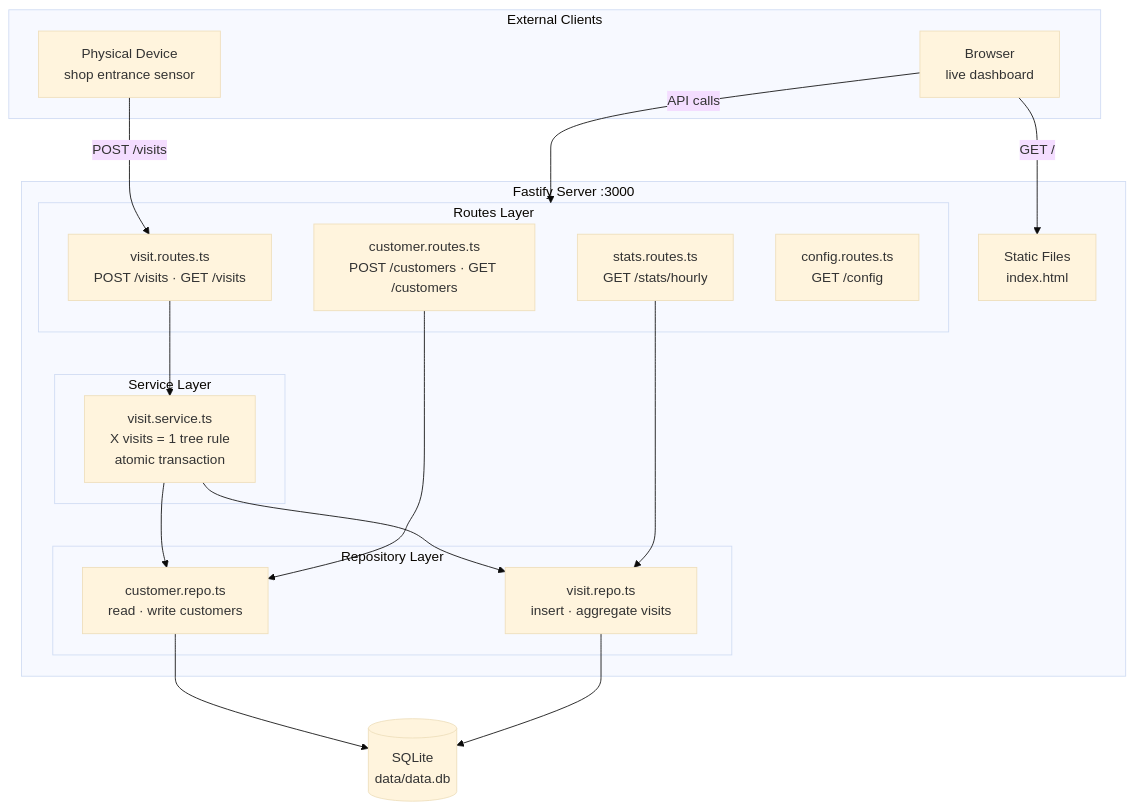
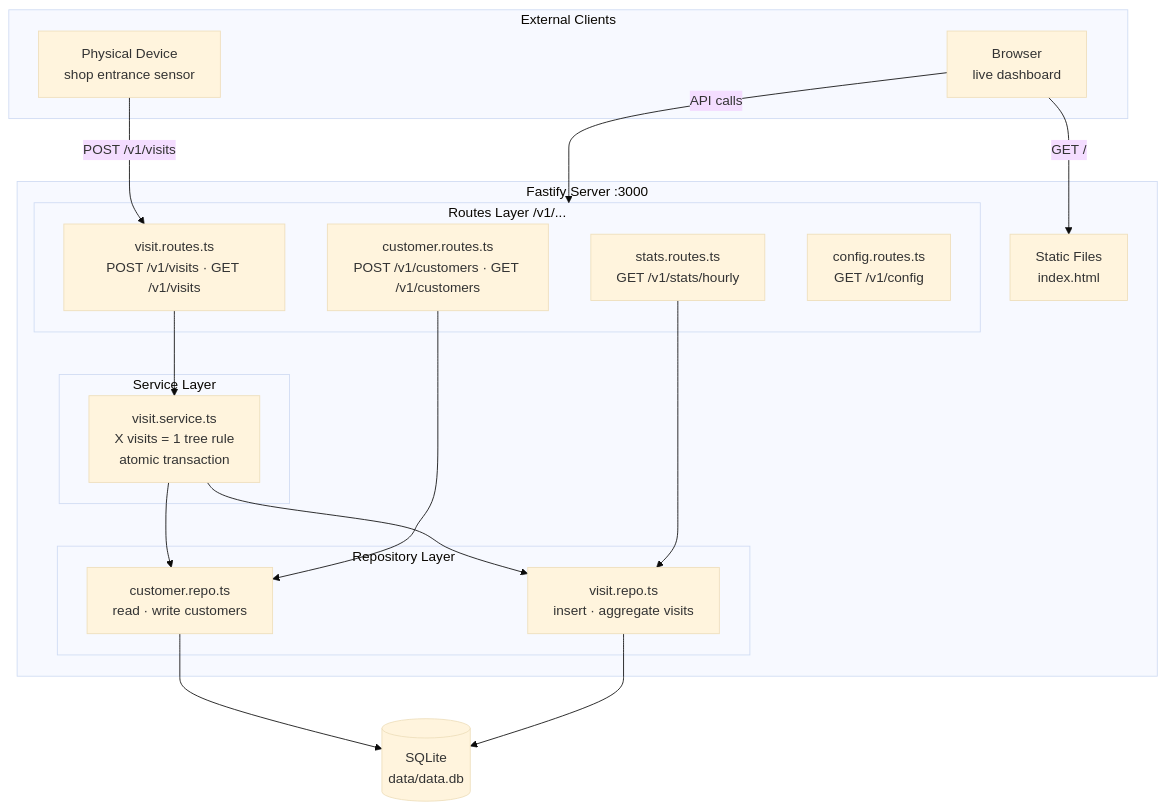
One commit to Davidfarouk/T_N_Interview changed the first of 3 diagrams in README.md. Above: the diagram before and after it, drawn with Mermaid (base theme). The commit also changed other lines of this file, not shown here.

Commit message:
Revise README: fix all API examples, add DB schema diagram, update test count and project structure

````diff
--- a/README.md
+++ b/README.md
@@ -22,42 +22,42 @@
 ```mermaid
 graph TB
     subgraph Clients["External Clients"]
         DEV["Physical Device\nshop entrance sensor"]
         BROWSER["Browser\nlive dashboard"]
     end
 
     subgraph APP["Fastify Server  :3000"]
         STATIC["Static Files\nindex.html"]
 
-        subgraph ROUTES["Routes Layer"]
-            R_V["visit.routes.ts\nPOST /visits · GET /visits"]
-            R_C["customer.routes.ts\nPOST /customers · GET /customers"]
-            R_S["stats.routes.ts\nGET /stats/hourly"]
-            R_CF["config.routes.ts\nGET /config"]
+        subgraph ROUTES["Routes Layer  /v1/..."]
+            R_V["visit.routes.ts\nPOST /v1/visits · GET /v1/visits"]
+            R_C["customer.routes.ts\nPOST /v1/customers · GET /v1/customers"]
+            R_S["stats.routes.ts\nGET /v1/stats/hourly"]
+            R_CF["config.routes.ts\nGET /v1/config"]
         end
 
         subgraph SERVICE["Service Layer"]
             SVC["visit.service.ts\nX visits = 1 tree rule\natomic transaction"]
         end
 
         subgraph REPO["Repository Layer"]
             CREPO["customer.repo.ts\nread · write customers"]
             VREPO["visit.repo.ts\ninsert · aggregate visits"]
         end
     end
 
     DB[("SQLite\ndata/data.db")]
 
-    DEV -->|"POST /visits"| R_V
+    DEV -->|"POST /v1/visits"| R_V
     BROWSER -->|"GET /"| STATIC
     BROWSER -->|"API calls"| ROUTES
 
     R_V --> SVC
     SVC --> CREPO
     SVC --> VREPO
     R_C --> CREPO
     R_S --> VREPO
 
     CREPO --> DB
     VREPO --> DB
 ```
````
